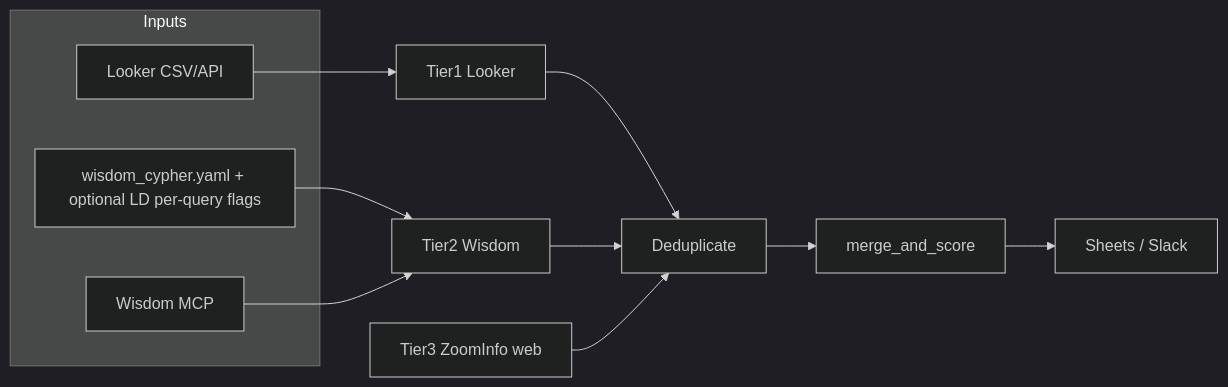
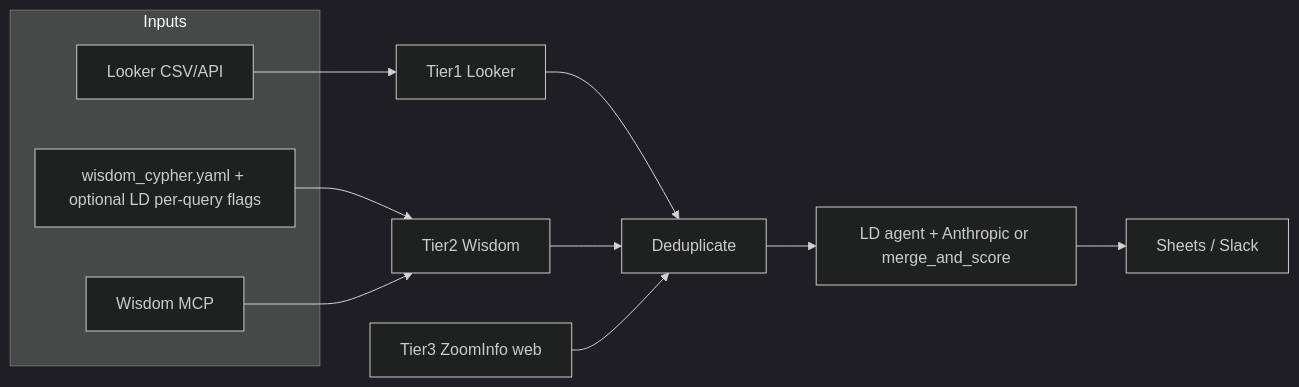
Before and after one commit to s-shindeldecker/figment-agent: the diagram in README.md, drawn with Mermaid (dark theme). The commit also changed other lines of this file and 11 other files, not shown here.

````diff
--- a/README.md
+++ b/README.md
@@ -60,21 +61,21 @@
 ```mermaid
 flowchart LR
   subgraph inputs [Inputs]
     L[Looker CSV/API]
     W[Wisdom MCP]
     C[wisdom_cypher.yaml + optional LD per-query flags]
   end
   T1[Tier1 Looker]
   T2[Tier2 Wisdom]
   T3[Tier3 ZoomInfo web]
   D[Deduplicate]
-  S[merge_and_score]
+  P[LD agent + Anthropic or merge_and_score]
   O[Sheets / Slack]
   L --> T1
   C --> T2
   W --> T2
   T1 --> D
   T2 --> D
   T3 --> D
-  D --> S --> O
+  D --> P --> O
 ```
````
